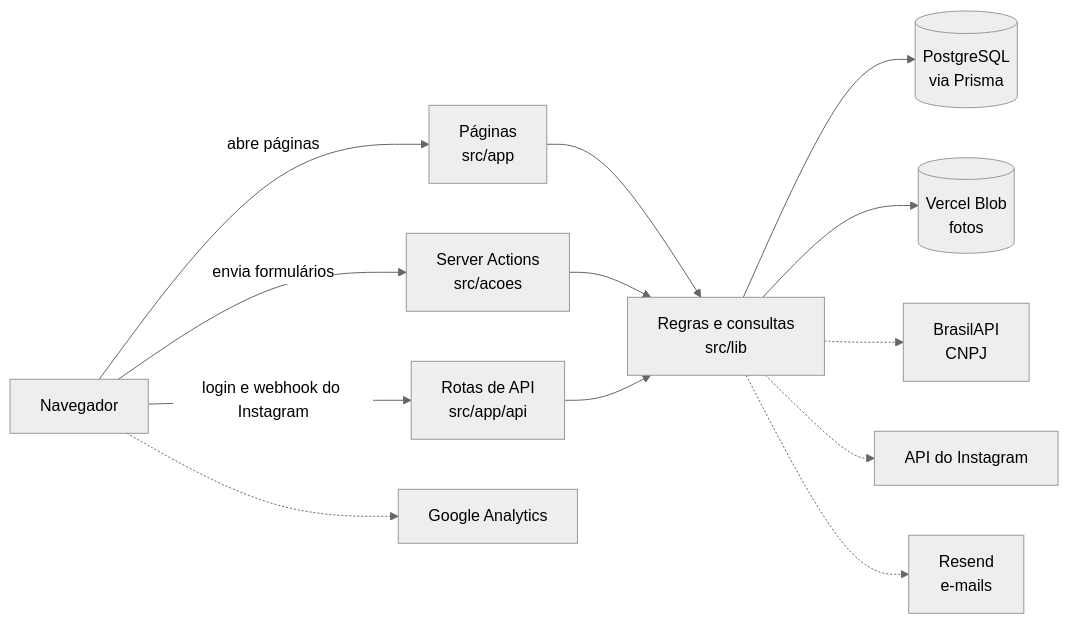
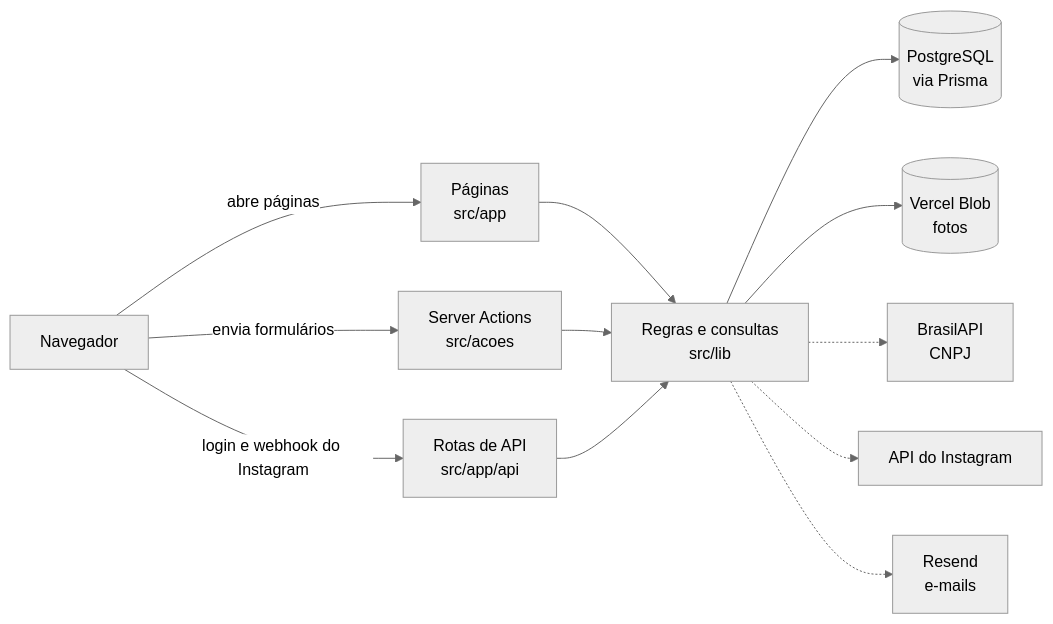
The first of 2 diagrams in docs/como-foi-feito.md (fabs-reis/Negocio-do-bem), drawn with Mermaid (neutral theme) before and after one commit. The commit also changed other lines of this file and 12 other files, not shown here.

Commit message:
Retira o Google Analytics enquanto a medição é revista

````diff
--- a/docs/como-foi-feito.md
+++ b/docs/como-foi-feito.md
@@ -393,15 +400,14 @@
 ```mermaid
 flowchart LR
     N[Navegador] -->|abre páginas| P[Páginas<br>src/app]
     N -->|envia formulários| A[Server Actions<br>src/acoes]
     N -->|login e webhook do Instagram| R[Rotas de API<br>src/app/api]
     P --> L[Regras e consultas<br>src/lib]
     A --> L
     R --> L
     L --> DB[(PostgreSQL<br>via Prisma)]
     L --> B[(Vercel Blob<br>fotos)]
     L -.-> BR[BrasilAPI<br>CNPJ]
     L -.-> IG[API do Instagram]
     L -.-> RS[Resend<br>e-mails]
-    N -.-> GA[Google Analytics]
 ```
````
